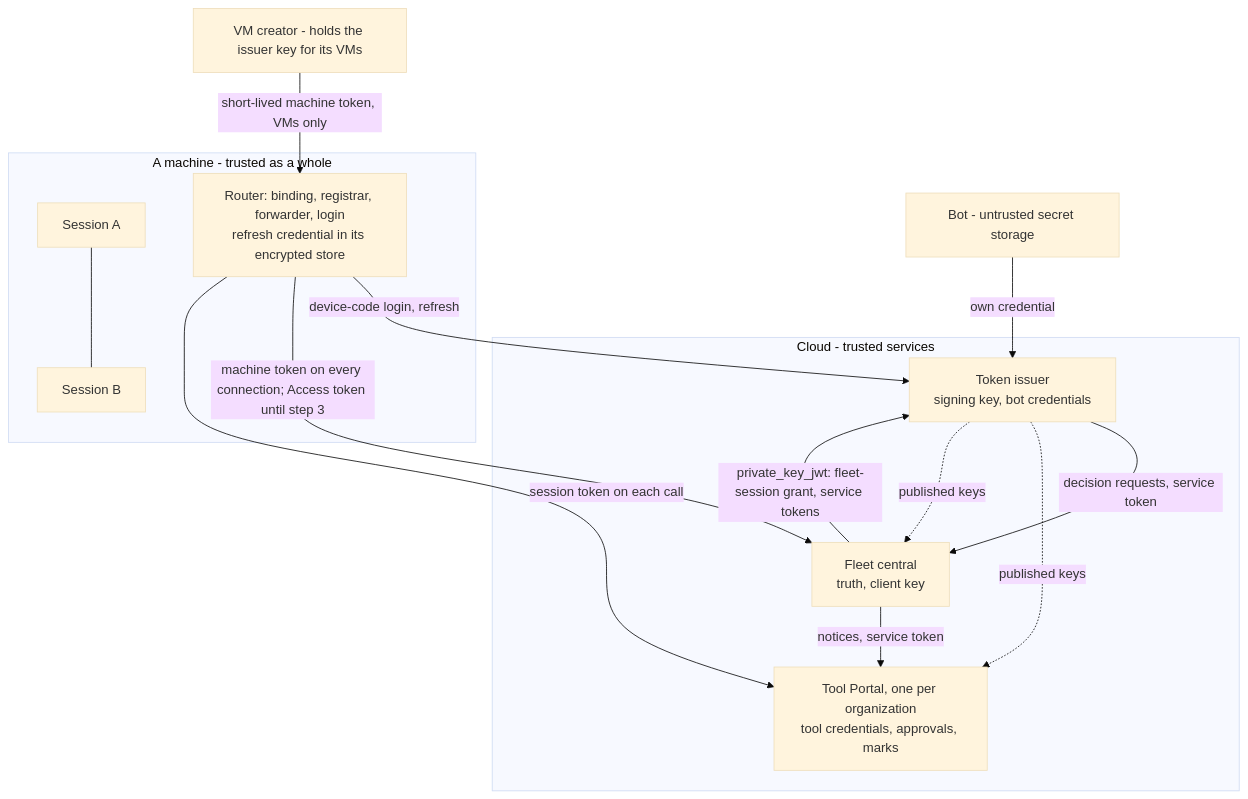
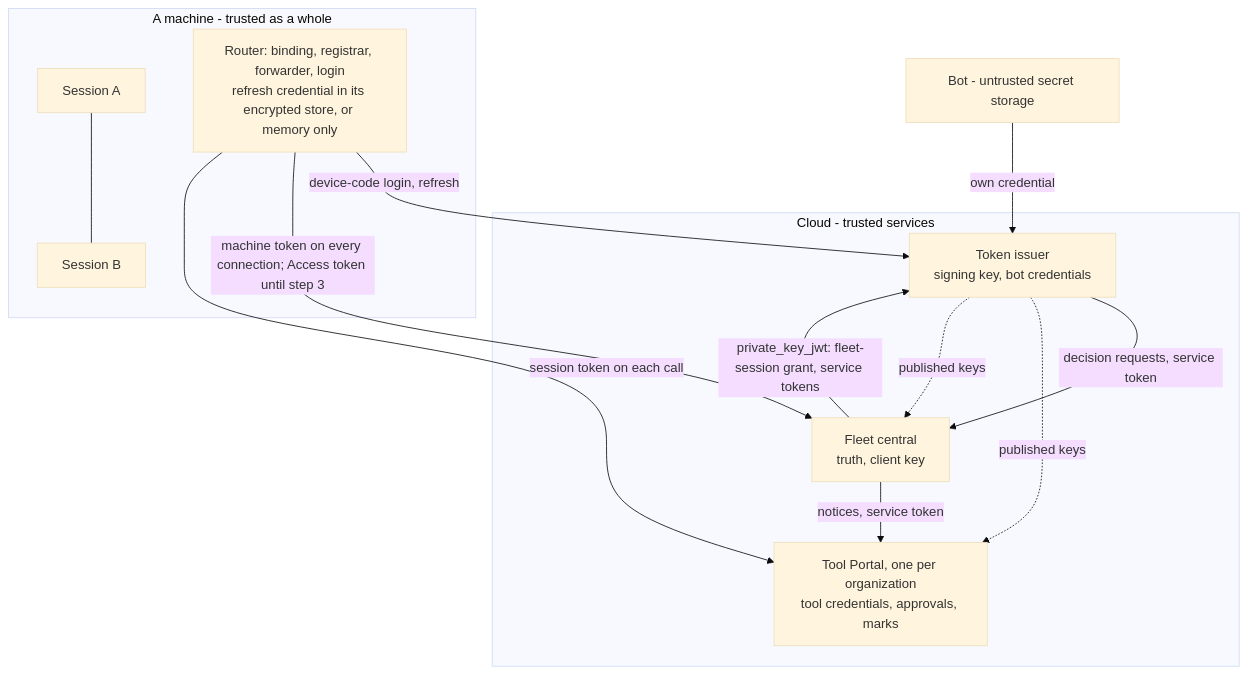
One commit to ShravanSunder/agent-vm changed the ninth of 10 diagrams in docs/specs/2026-10-24-agent-identity/program-design.md. Above: the diagram before and after it, drawn with Mermaid (base theme). The commit also changed other lines of this file and 5 other files, not shown here.

````diff
--- a/docs/specs/2026-10-24-agent-identity/program-design.md
+++ b/docs/specs/2026-10-24-agent-identity/program-design.md
@@ -1068,26 +1077,24 @@
 ```mermaid
 flowchart TB
   subgraph M[A machine - trusted as a whole]
     H1[Session A]
     H2[Session B]
-    RT[Router: binding, registrar, forwarder, login<br/>refresh credential in its encrypted store]
+    RT[Router: binding, registrar, forwarder, login<br/>refresh credential in its encrypted store, or memory only]
   end
-  VC[VM creator - holds the issuer key for its VMs]
   subgraph CL[Cloud - trusted services]
     C[Fleet central<br/>truth, client key]
     I[Token issuer<br/>signing key, bot credentials]
     T[Tool Portal, one per organization<br/>tool credentials, approvals, marks]
   end
   BOT[Bot - untrusted secret storage]
   H1 --- H2
   BOT -->|own credential| I
-  VC -->|short-lived machine token, VMs only| RT
   RT -->|device-code login, refresh| I
   RT -->|machine token on every connection; Access token until step 3| C
   C -->|private_key_jwt: fleet-session grant, service tokens| I
   C -->|notices, service token| T
   I -->|decision requests, service token| C
   RT -->|session token on each call| T
   I -.->|published keys| T
   I -.->|published keys| C
 ```
````
